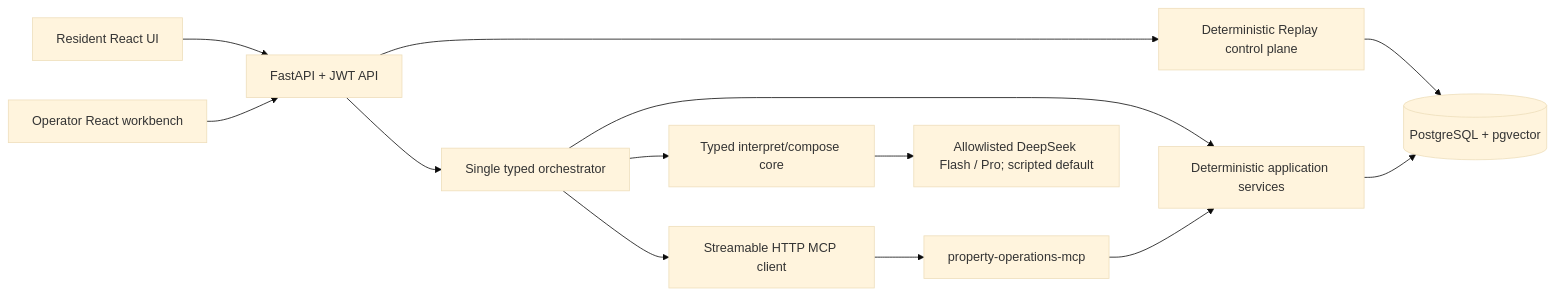
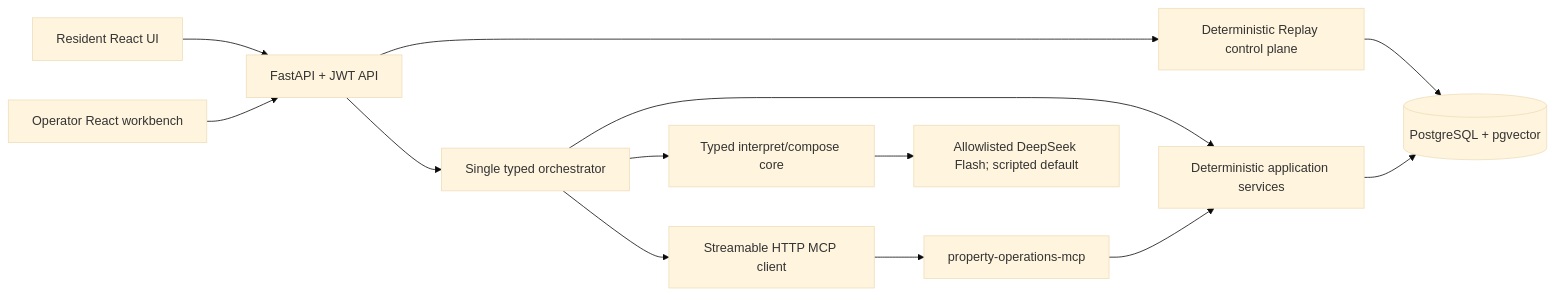
Before and after one commit to zzhou854/fixflow: the diagram in docs/ARCHITECTURE.md, drawn with Mermaid (base theme). The commit also changed other lines of this file and 8 other files, not shown here.

````diff
--- a/docs/ARCHITECTURE.md
+++ b/docs/ARCHITECTURE.md
@@ -13,15 +13,15 @@
 ```mermaid
 flowchart LR
     Resident["Resident React UI"] --> API["FastAPI + JWT API"]
     Operator["Operator React workbench"] --> API
     API --> Replay["Deterministic Replay control plane"]
     Replay --> PostgreSQL
     API --> Orchestrator["Single typed orchestrator"]
     Orchestrator --> Services["Deterministic application services"]
     Orchestrator --> LLM["Typed interpret/compose core"]
-    LLM --> Online["Allowlisted DeepSeek Flash / Pro; scripted default"]
+    LLM --> Online["Allowlisted DeepSeek Flash; scripted default"]
     Orchestrator --> MCPClient["Streamable HTTP MCP client"]
     MCPClient --> MCP["property-operations-mcp"]
     MCP --> Services
     Services --> PostgreSQL[("PostgreSQL + pgvector")]
 ```
````
